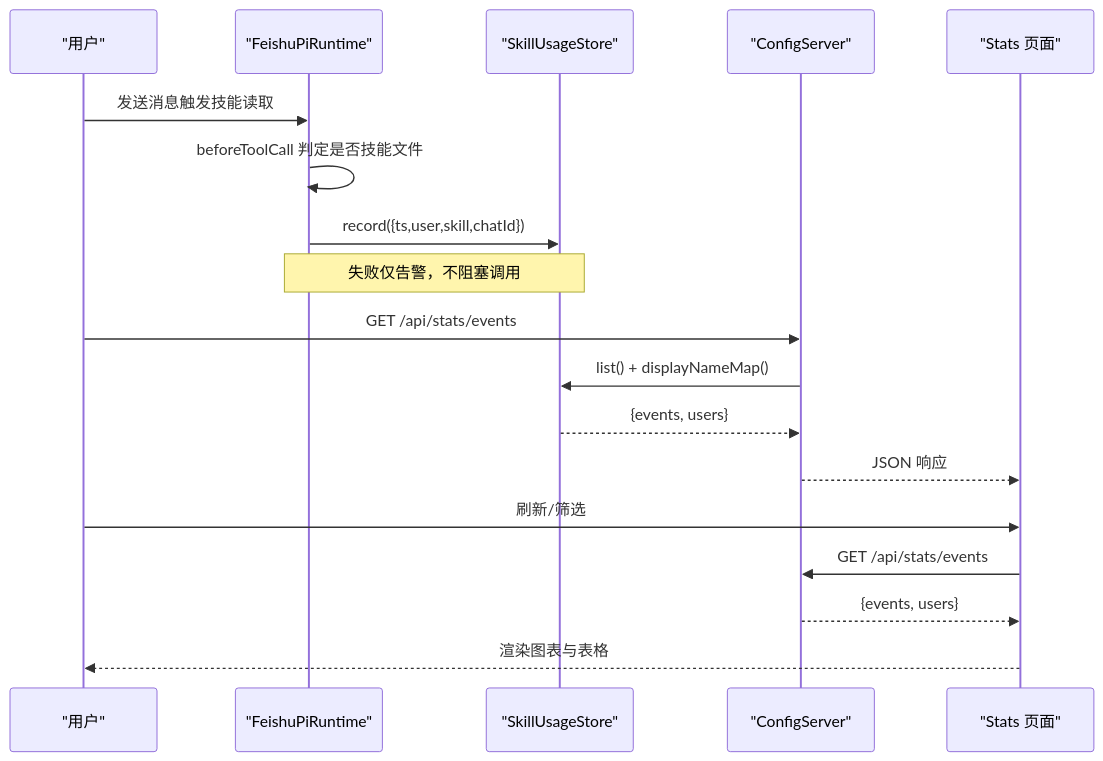
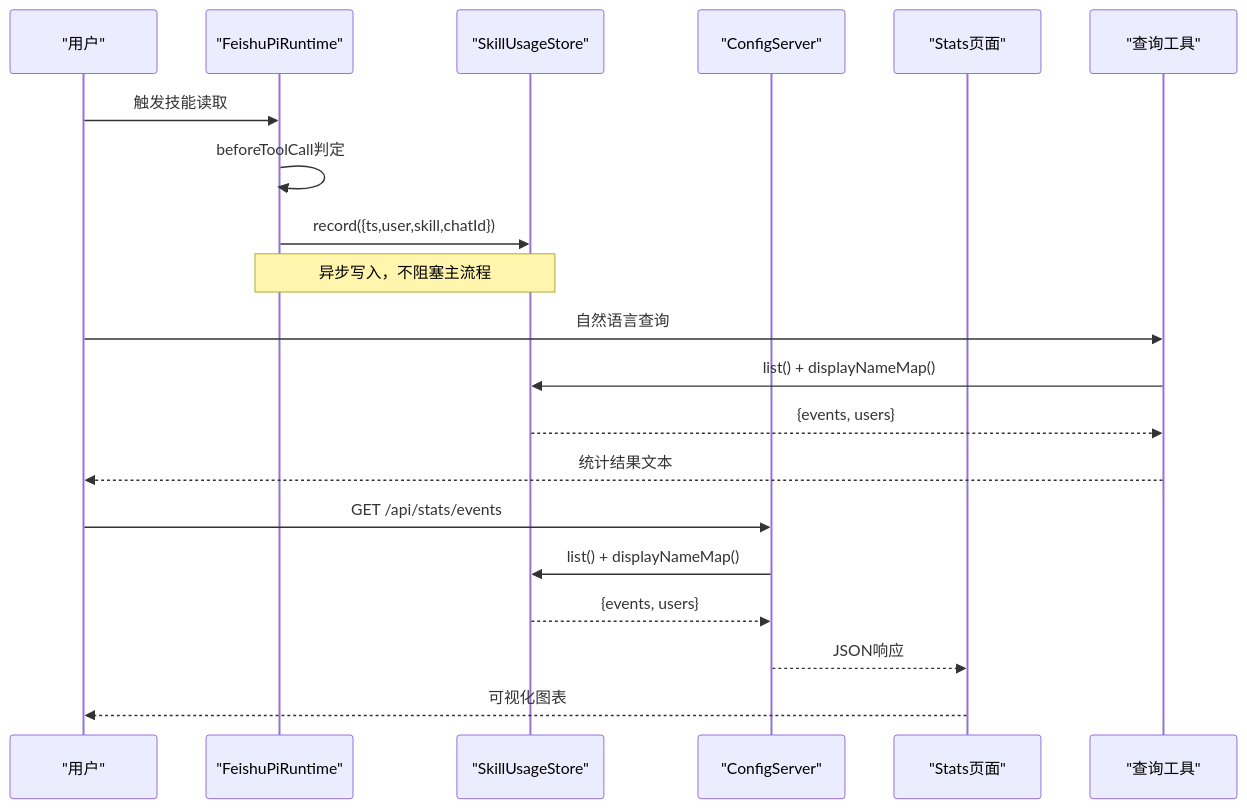
One commit to HeXiaoShu520/feishu-pi changed the second of 5 diagrams in .qoder/repowiki/zh/content/数据管理/技能使用统计.md. Above: the diagram before and after it, drawn with Mermaid. The commit also changed other lines of this file and 47 other files, not shown here.

````diff
--- a/.qoder/repowiki/zh/content/数据管理/技能使用统计.md
+++ b/.qoder/repowiki/zh/content/数据管理/技能使用统计.md
@@ -86,20 +96,22 @@
 ```mermaid
 sequenceDiagram
 participant U as "用户"
 participant R as "FeishuPiRuntime"
 participant S as "SkillUsageStore"
 participant W as "ConfigServer"
-participant P as "Stats 页面"
-U->>R : 发送消息触发技能读取
-R->>R : beforeToolCall 判定是否技能文件
+participant P as "Stats页面"
+participant Q as "查询工具"
+U->>R : 触发技能读取
+R->>R : beforeToolCall判定
 R->>S : record({ts,user,skill,chatId})
-Note over R,S : 失败仅告警，不阻塞调用
+Note over R,S : 异步写入，不阻塞主流程
+U->>Q : 自然语言查询
+Q->>S : list() + displayNameMap()
+S-->>Q : {events, users}
+Q-->>U : 统计结果文本
 U->>W : GET /api/stats/events
 W->>S : list() + displayNameMap()
 S-->>W : {events, users}
-W-->>P : JSON 响应
-U->>P : 刷新/筛选
-P->>W : GET /api/stats/events
-W-->>P : {events, users}
-P-->>U : 渲染图表与表格
+W-->>P : JSON响应
+P-->>U : 可视化图表
 ```
````
